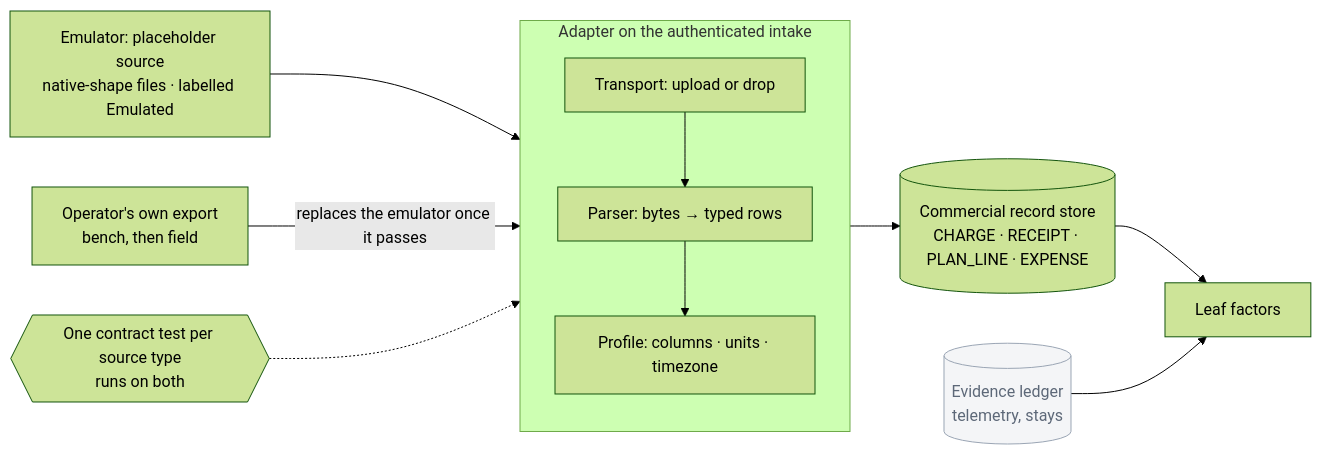
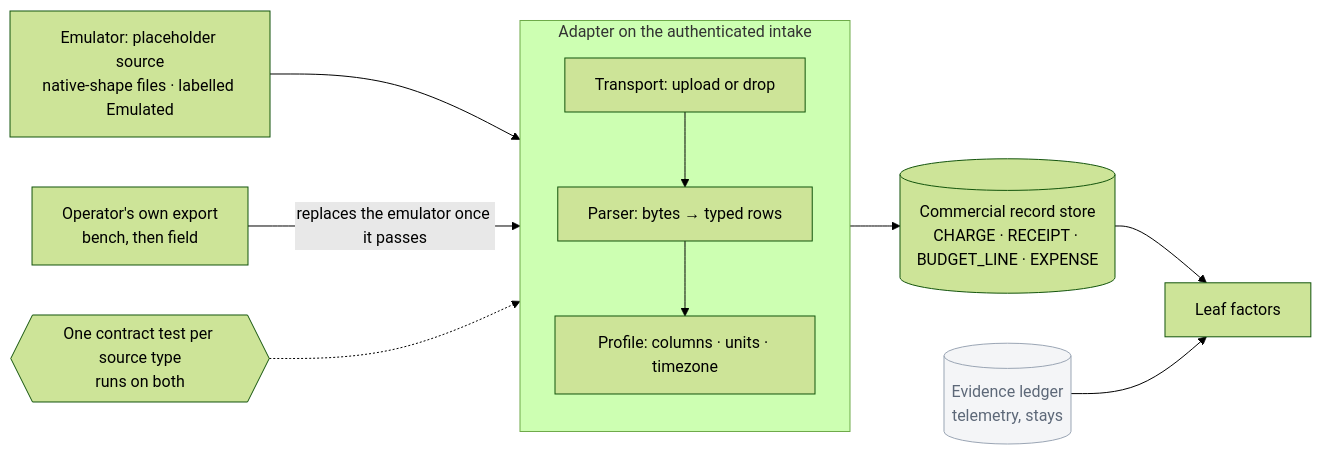
Before and after one commit to bineyame/AssetOpsV1: the fourth of 11 diagrams in Docs/demo-sprint/product-direction-layer4/layer4-transformation-design.md, drawn with Mermaid (forest theme). The commit also changed other lines of this file and 5 other files, not shown here.

````diff
--- a/Docs/demo-sprint/product-direction-layer4/layer4-transformation-design.md
+++ b/Docs/demo-sprint/product-direction-layer4/layer4-transformation-design.md
@@ -355,14 +313,14 @@
 ```mermaid
 flowchart LR
   subgraph AD["Adapter on the authenticated intake"]
     TR["Transport: upload or drop"] --> PA["Parser: bytes → typed rows"] --> PF["Profile: columns · units · timezone"]
   end
   EM["Emulator: placeholder source<br/>native-shape files · labelled Emulated"] --> AD
   RS["Operator's own export<br/>bench, then field"] -- "replaces the emulator once it passes" --> AD
   CT{{"One contract test per source type<br/>runs on both"}} -.-> AD
-  AD --> CR[("Commercial record store<br/>CHARGE · RECEIPT · PLAN_LINE · EXPENSE")]
+  AD --> CR[("Commercial record store<br/>CHARGE · RECEIPT · BUDGET_LINE · EXPENSE")]
   TL[("Evidence ledger<br/>telemetry, stays")]:::keep
   CR --> LF["Leaf factors"]
   TL --> LF
   classDef keep fill:#f4f5f7,stroke:#9aa5b4,color:#5d6878
 ```
````
